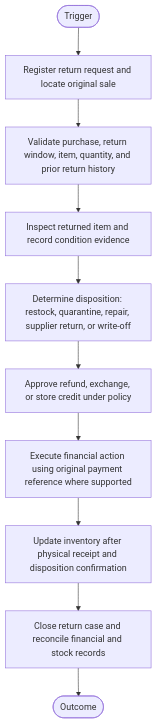
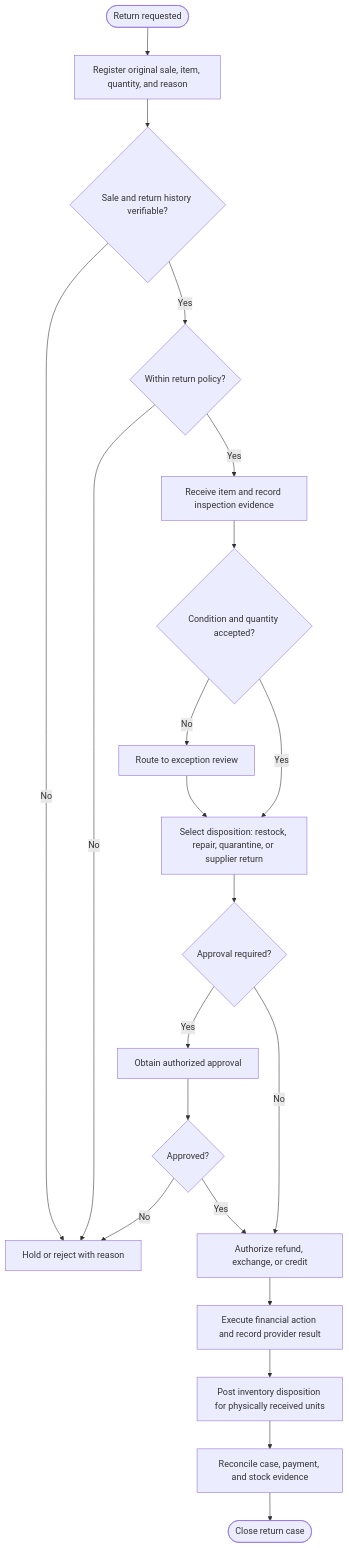
One commit to reviveproject4-source/visual-business-flows changed the first of 3 diagrams in 01-retail-and-pos/returns-and-refunds.md. Above: the diagram before and after it, drawn with Mermaid. The commit also changed other lines of this file and 14 other files, not shown here.

First line of the commit message:
Align workflow diagrams with business rules and exceptions

````diff
--- a/01-retail-and-pos/returns-and-refunds.md
+++ b/01-retail-and-pos/returns-and-refunds.md
@@ -55,20 +55,23 @@
 ```mermaid
 flowchart TD
-    Start([Trigger]) --> S1
-    S1[Register return request and locate original sale]
-    S2[Validate purchase, return window, item, quantity, and prior return history]
-    S3[Inspect returned item and record condition evidence]
-    S4[Determine disposition: restock, quarantine, repair, supplier return, or write-off]
-    S5[Approve refund, exchange, or store credit under policy]
-    S6[Execute financial action using original payment reference where supported]
-    S7[Update inventory after physical receipt and disposition confirmation]
-    S8[Close return case and reconcile financial and stock records]
-    S1 --> S2
-    S2 --> S3
-    S3 --> S4
-    S4 --> S5
-    S5 --> S6
-    S6 --> S7
-    S7 --> S8
-    S8 --> End([Outcome])
+    A([Return requested]) --> B[Register original sale, item, quantity, and reason]
+    B --> C{Sale and return history verifiable?}
+    C -->|No| X[Hold or reject with reason]
+    C -->|Yes| D{Within return policy?}
+    D -->|No| X
+    D -->|Yes| E[Receive item and record inspection evidence]
+    E --> F{Condition and quantity accepted?}
+    F -->|No| G[Route to exception review]
+    F -->|Yes| H[Select disposition: restock, repair, quarantine, or supplier return]
+    G --> H
+    H --> I{Approval required?}
+    I -->|Yes| J[Obtain authorized approval]
+    I -->|No| K[Authorize refund, exchange, or credit]
+    J --> L{Approved?}
+    L -->|No| X
+    L -->|Yes| K
+    K --> M[Execute financial action and record provider result]
+    M --> N[Post inventory disposition for physically received units]
+    N --> O[Reconcile case, payment, and stock evidence]
+    O --> P([Close return case])
 ```
````
